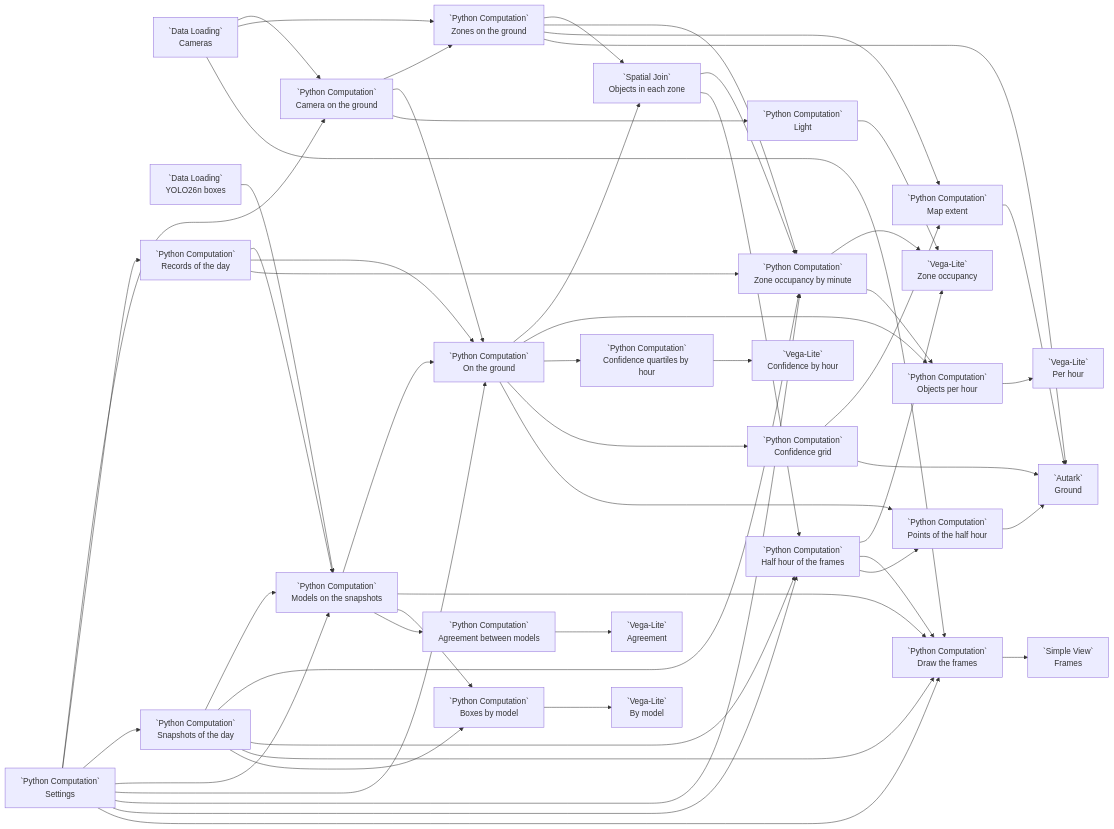
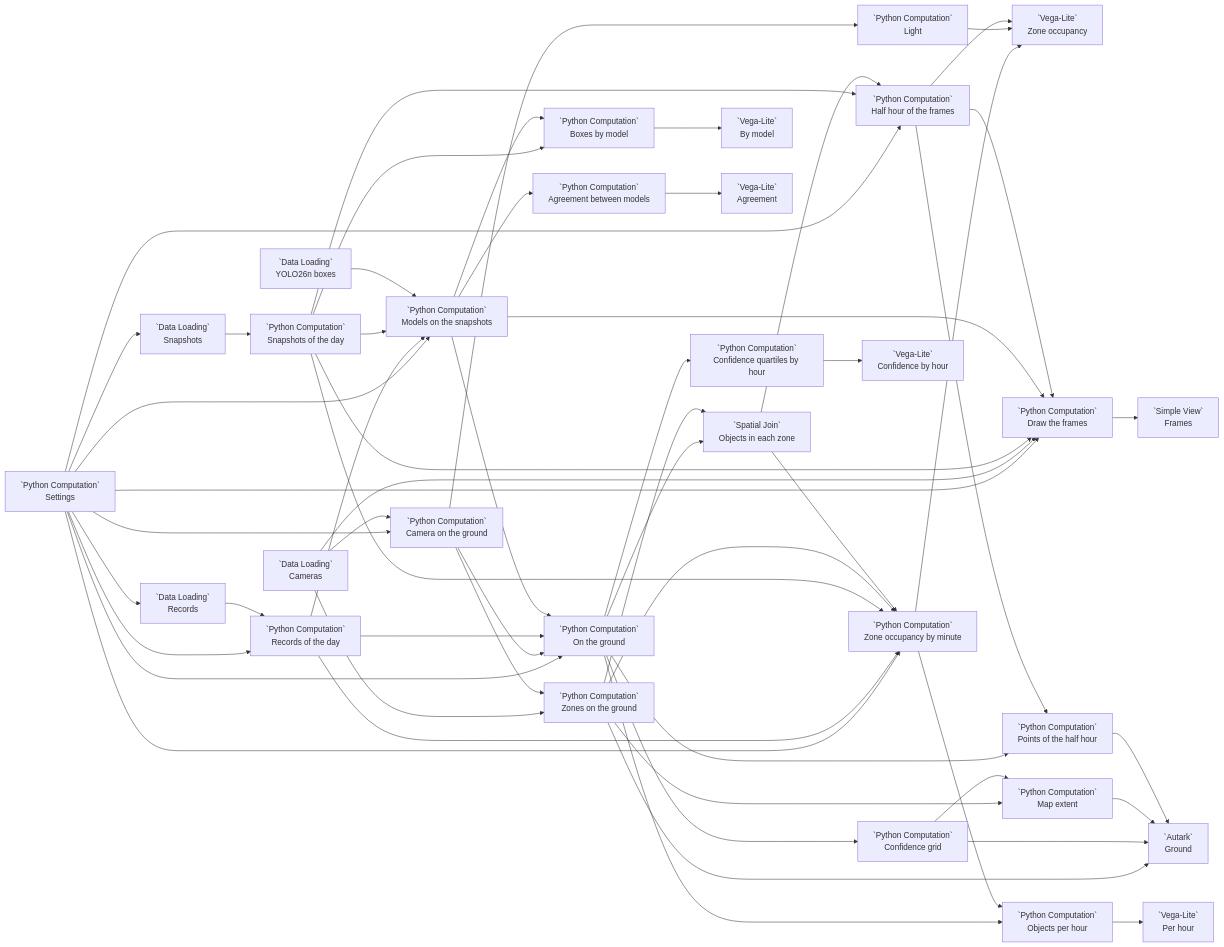
Before and after one commit to urban-toolkit/curio: the diagram in docs/examples/32-sage-idot-rail-crossings.md, drawn with Mermaid. The commit also changed other lines of this file and 17 other files, not shown here.

````diff
--- a/docs/examples/32-sage-idot-rail-crossings.md
+++ b/docs/examples/32-sage-idot-rail-crossings.md
@@ -20,52 +38,56 @@
 ```mermaid
 flowchart LR
   S[`Python Computation`<br/>Settings]
   CA[`Data Loading`<br/>Cameras]
   Y[`Data Loading`<br/>YOLO26n boxes]
+  RL[`Data Loading`<br/>Records]
+  PL[`Data Loading`<br/>Snapshots]
   H[`Python Computation`<br/>Camera on the ground]
   Z[`Python Computation`<br/>Zones on the ground]
   R[`Python Computation`<br/>Records of the day]
   P[`Python Computation`<br/>Snapshots of the day]
   M[`Python Computation`<br/>Models on the snapshots]
   G[`Python Computation`<br/>On the ground]
   J[`Spatial Join`<br/>Objects in each zone]
   O[`Python Computation`<br/>Zone occupancy by minute]
   LI[`Python Computation`<br/>Light]
   HH[`Python Computation`<br/>Half hour of the frames]
   OC[`Vega-Lite`<br/>Zone occupancy]
   PH[`Python Computation`<br/>Objects per hour]
   PC[`Vega-Lite`<br/>Per hour]
   CH[`Python Computation`<br/>Confidence quartiles by hour]
   CC[`Vega-Lite`<br/>Confidence by hour]
   F[`Python Computation`<br/>Draw the frames]
   FV[`Simple View`<br/>Frames]
   CG[`Python Computation`<br/>Confidence grid]
   ME[`Python Computation`<br/>Map extent]
   PT[`Python Computation`<br/>Points of the half hour]
   GM[`Autark`<br/>Ground]
   BM[`Python Computation`<br/>Boxes by model]
   BC[`Vega-Lite`<br/>By model]
   AG[`Python Computation`<br/>Agreement between models]
   AC[`Vega-Lite`<br/>Agreement]
-  S --> H & R & P & M & G & O & HH & F
+  S --> RL & PL & H & R & M & G & O & HH & F
+  RL --> R
+  PL --> P
   CA --> H & Z & F
   H --> Z & G & LI
   R --> M & G & O
   P --> M & O & HH & F & BM
   Y --> M
   M --> G & F & BM & AG
   G --> J & PH & CH & CG & PT
   Z --> J & O & ME & GM
   J --> O & HH
   O --> OC & PH
   LI --> OC
   HH --> OC & F & PT
   PH --> PC
   CH --> CC
   F --> FV
   CG --> ME & GM
   ME --> GM
   PT --> GM
   BM --> BC
   AG --> AC
 ```
````
